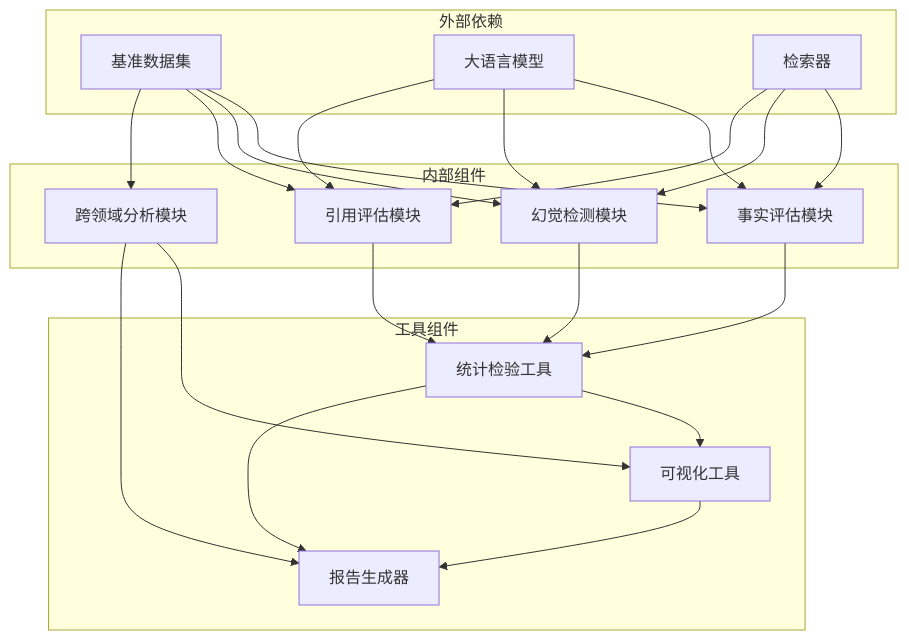
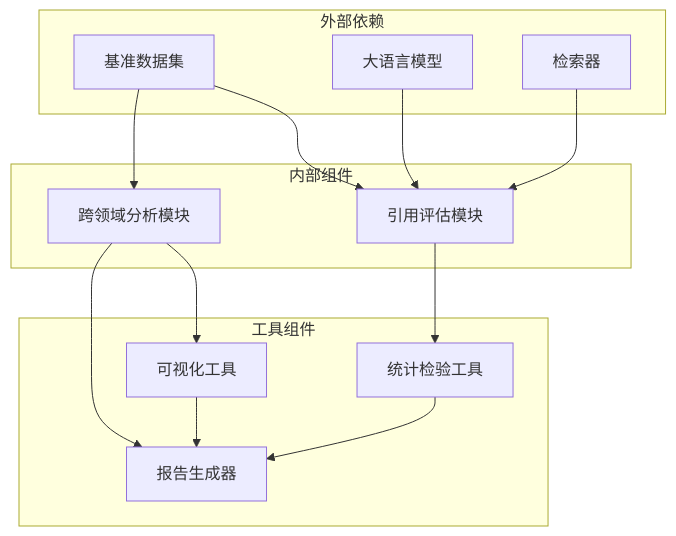
Before and after one commit to kitee0918/-nlp-rag-project: the sixth of 6 diagrams in .qoder/repowiki/zh/content/技术实现指南/评估指标实现.md, drawn with Mermaid. The commit also changed other lines of this file and 9 other files, not shown here.

````diff
--- a/.qoder/repowiki/zh/content/技术实现指南/评估指标实现.md
+++ b/.qoder/repowiki/zh/content/技术实现指南/评估指标实现.md
@@ -312,37 +255,26 @@
 ```mermaid
 graph TB
 subgraph "外部依赖"
 DS[基准数据集]
 LM[大语言模型]
 RR[检索器]
 end
 subgraph "内部组件"
-FE[事实评估模块]
-HE[幻觉检测模块]
 CE[引用评估模块]
 CA[跨领域分析模块]
 end
 subgraph "工具组件"
 ST[统计检验工具]
 VP[可视化工具]
 RP[报告生成器]
 end
-DS --> FE
-DS --> HE
 DS --> CE
 DS --> CA
-LM --> FE
-LM --> HE
 LM --> CE
-RR --> FE
-RR --> HE
 RR --> CE
-FE --> ST
-HE --> ST
 CE --> ST
-ST --> VP
 CA --> VP
 VP --> RP
 ST --> RP
 CA --> RP
 ```
````
